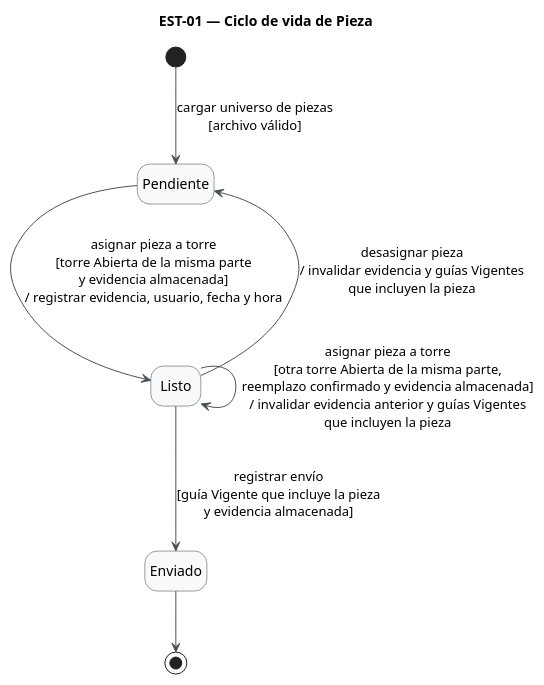
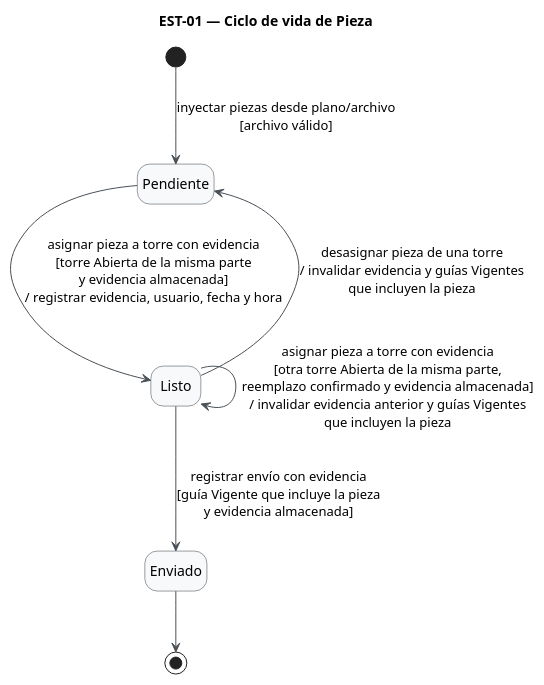
Before and after one commit to Foyzen-Kaze/snapsip: the diagram in diagramas/est-01.puml, drawn with PlantUML.

```diff
--- a/diagramas/est-01.puml
+++ b/diagramas/est-01.puml
@@ -1,19 +1,19 @@
 @startuml est-01
 title EST-01 — Ciclo de vida de Pieza
 hide empty description
 skinparam shadowing false
 skinparam state {
   BackgroundColor #F8F9FA
   BorderColor #343A40
   ArrowColor #495057
   StartColor #343A40
   EndColor #343A40
 }
 
-[*] --> Pendiente : cargar universo de piezas\n[archivo válido]
-Pendiente --> Listo : asignar pieza a torre\n[torre Abierta de la misma parte\ny evidencia almacenada]\n/ registrar evidencia, usuario, fecha y hora
-Listo --> Listo : asignar pieza a torre\n[otra torre Abierta de la misma parte,\nreemplazo confirmado y evidencia almacenada]\n/ invalidar evidencia anterior y guías Vigentes\nque incluyen la pieza
-Listo --> Pendiente : desasignar pieza\n/ invalidar evidencia y guías Vigentes\nque incluyen la pieza
-Listo --> Enviado : registrar envío\n[guía Vigente que incluye la pieza\ny evidencia almacenada]
+[*] --> Pendiente : inyectar piezas desde plano/archivo\n[archivo válido]
+Pendiente --> Listo : asignar pieza a torre con evidencia\n[torre Abierta de la misma parte\ny evidencia almacenada]\n/ registrar evidencia, usuario, fecha y hora
+Listo --> Listo : asignar pieza a torre con evidencia\n[otra torre Abierta de la misma parte,\nreemplazo confirmado y evidencia almacenada]\n/ invalidar evidencia anterior y guías Vigentes\nque incluyen la pieza
+Listo --> Pendiente : desasignar pieza de una torre\n/ invalidar evidencia y guías Vigentes\nque incluyen la pieza
+Listo --> Enviado : registrar envío con evidencia\n[guía Vigente que incluye la pieza\ny evidencia almacenada]
 Enviado --> [*]
 @enduml
```
